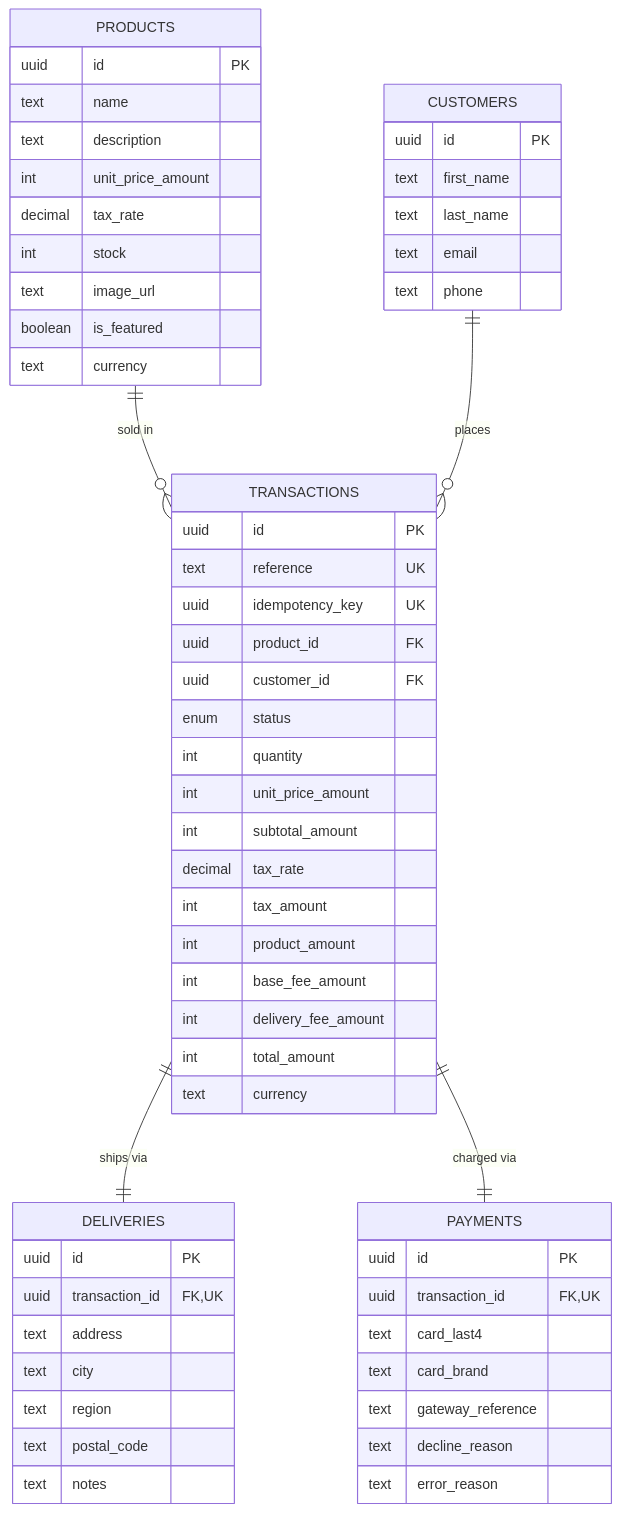
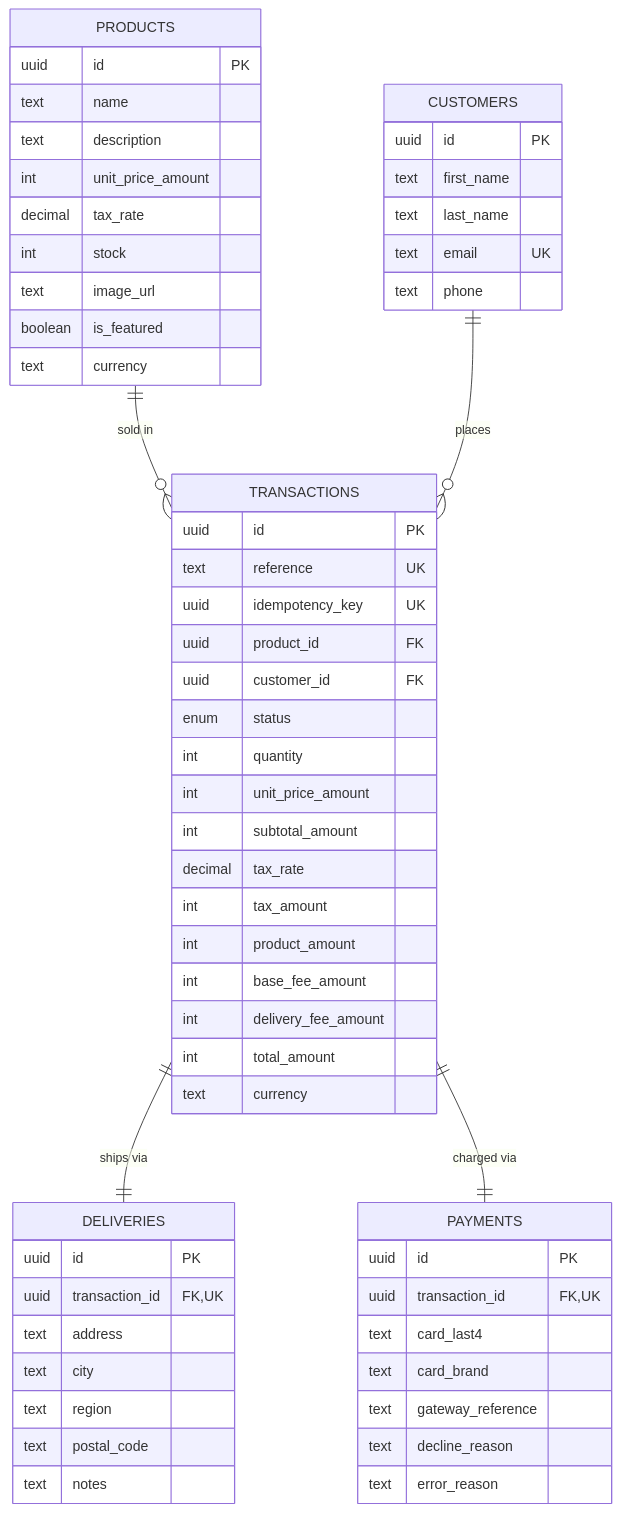
Before and after one commit to JulianAllegretti/checkout-gateway-test: the diagram in specs/DATA-MODEL.md, drawn with Mermaid. The commit also changed other lines of this file and 5 other files, not shown here.

````diff
--- a/specs/DATA-MODEL.md
+++ b/specs/DATA-MODEL.md
@@ -12,62 +12,62 @@
 ```mermaid
 erDiagram
     PRODUCTS ||--o{ TRANSACTIONS : "sold in"
     CUSTOMERS ||--o{ TRANSACTIONS : "places"
     TRANSACTIONS ||--|| DELIVERIES : "ships via"
     TRANSACTIONS ||--|| PAYMENTS : "charged via"
 
     PRODUCTS {
         uuid id PK
         text name
         text description
         int unit_price_amount
         decimal tax_rate
         int stock
         text image_url
         boolean is_featured
         text currency
     }
     CUSTOMERS {
         uuid id PK
         text first_name
         text last_name
-        text email
+        text email UK
         text phone
     }
     TRANSACTIONS {
         uuid id PK
         text reference UK
         uuid idempotency_key UK
         uuid product_id FK
         uuid customer_id FK
         enum status
         int quantity
         int unit_price_amount
         int subtotal_amount
         decimal tax_rate
         int tax_amount
         int product_amount
         int base_fee_amount
         int delivery_fee_amount
         int total_amount
         text currency
     }
     DELIVERIES {
         uuid id PK
         uuid transaction_id FK,UK
         text address
         text city
         text region
         text postal_code
         text notes
     }
     PAYMENTS {
         uuid id PK
         uuid transaction_id FK,UK
         text card_last4
         text card_brand
         text gateway_reference
         text decline_reason
         text error_reason
     }
 ```
````
